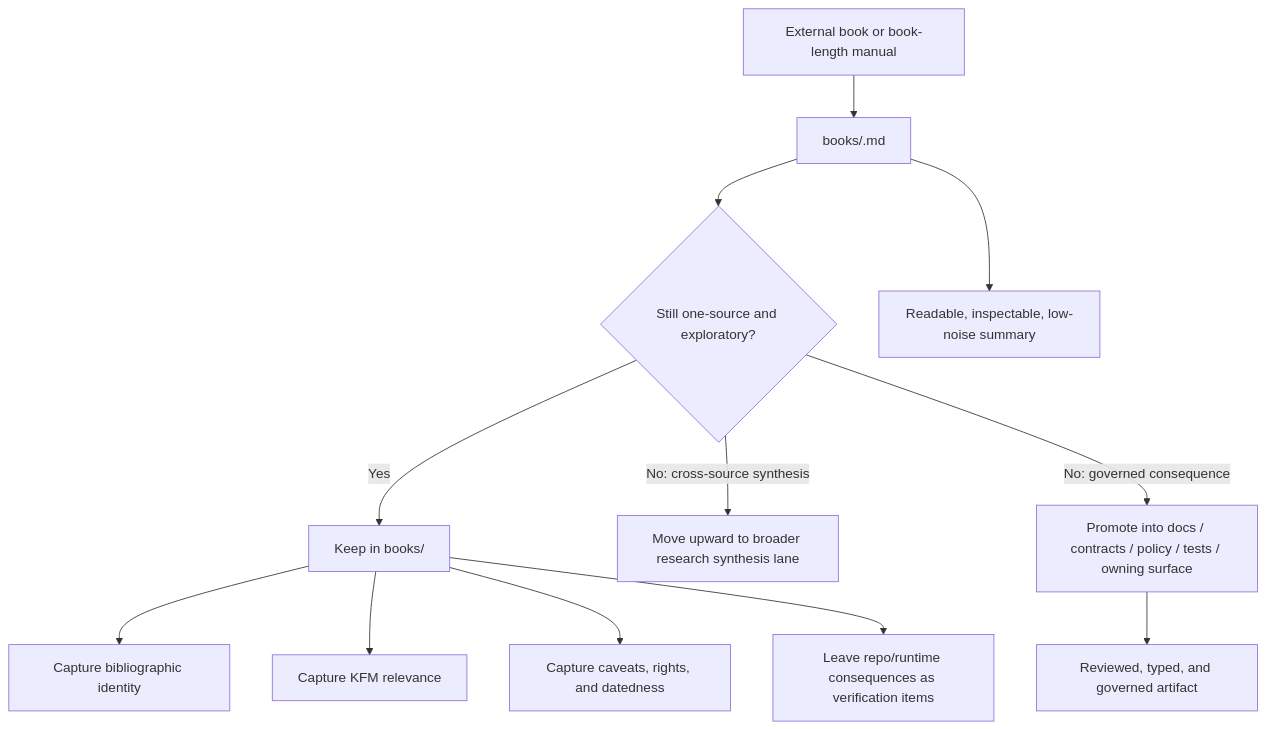
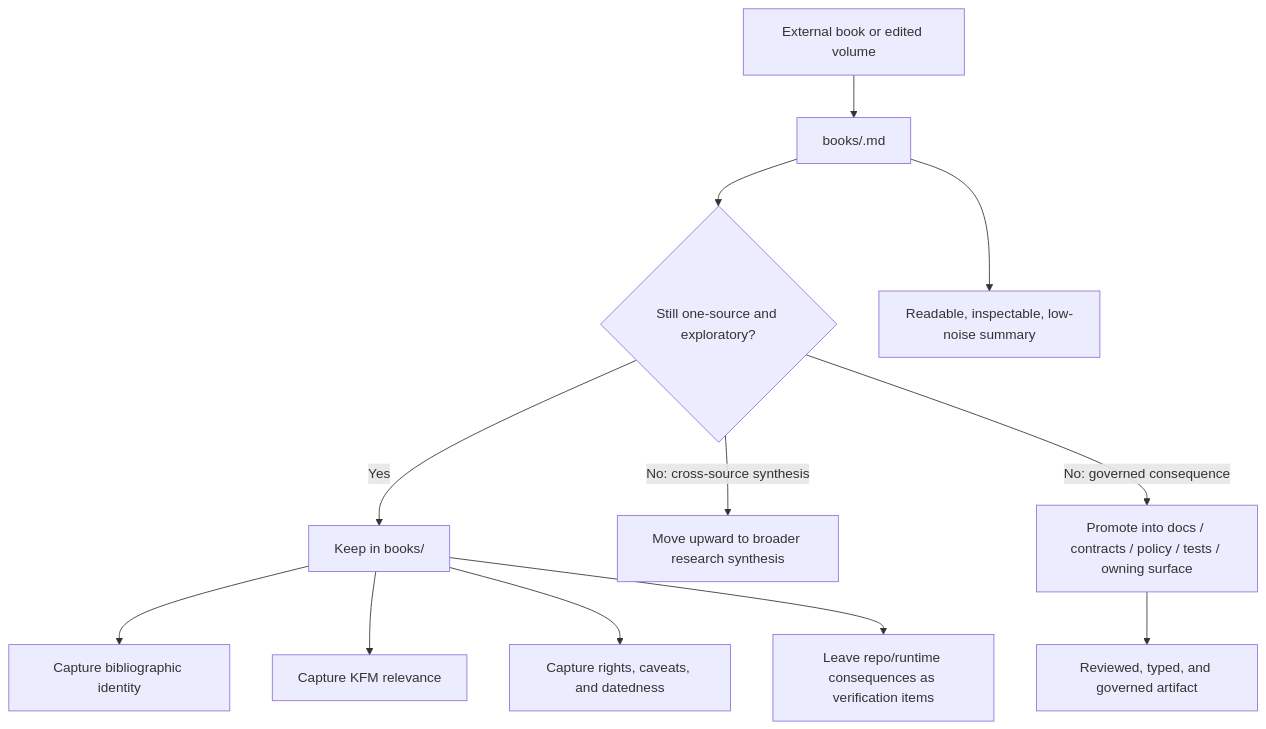
One commit to bartytime4life/Kansas-Frontier-Matrix changed the diagram in docs/research/source_summaries/by_type/books/README.md. Above: the diagram before and after it, drawn with Mermaid. The commit also changed other lines of this file, not shown here.

First line of the commit message:
Revise README for books source summaries

````diff
--- a/docs/research/source_summaries/by_type/books/README.md
+++ b/docs/research/source_summaries/by_type/books/README.md
@@ -172,17 +175,17 @@
 ```mermaid
 flowchart TD
-    A[External book or book-length manual] --> B[books/<book-summary>.md]
+    A[External book or edited volume] --> B[books/<book-summary>.md]
     B --> C{Still one-source and exploratory?}
 
     C -->|Yes| D[Keep in books/]
     D --> D1[Capture bibliographic identity]
     D --> D2[Capture KFM relevance]
-    D --> D3[Capture caveats, rights, and datedness]
+    D --> D3[Capture rights, caveats, and datedness]
     D --> D4[Leave repo/runtime consequences as verification items]
 
-    C -->|No: cross-source synthesis| E[Move upward to broader research synthesis lane]
+    C -->|No: cross-source synthesis| E[Move upward to broader research synthesis]
     C -->|No: governed consequence| F[Promote into docs / contracts / policy / tests / owning surface]
 
     B --> G[Readable, inspectable, low-noise summary]
     F --> H[Reviewed, typed, and governed artifact]
 ```
````
